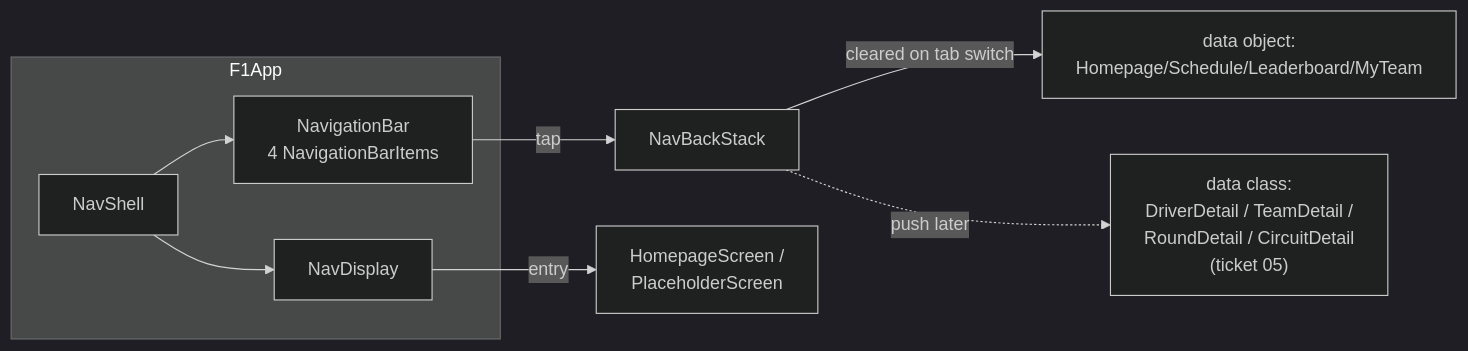
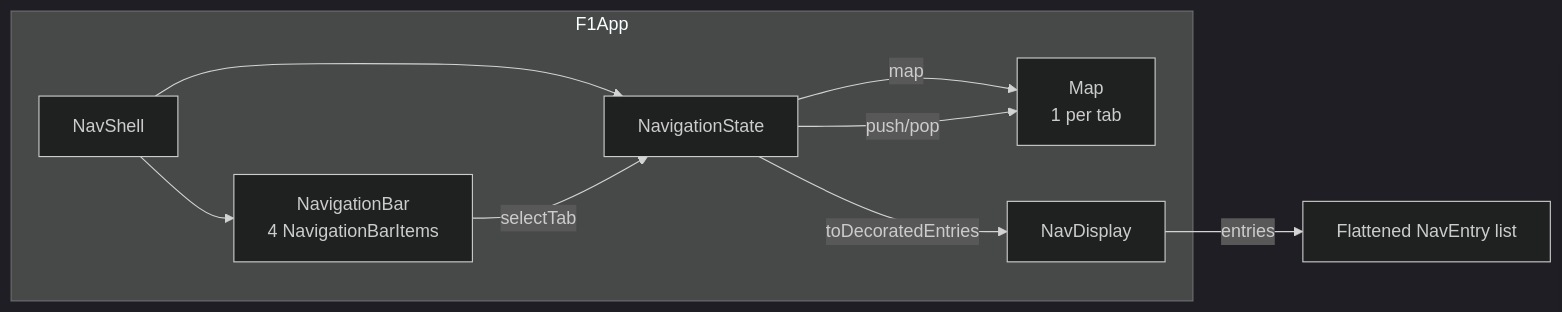
Before and after one commit to anpurnama11/my-f1-companion-app: the diagram in lode/core/navigation.md, drawn with Mermaid (dark theme). The commit also changed other lines of this file and 11 other files, not shown here.

First line of the commit message:
feat(nav): implement multi-backstack tab navigation

````diff
--- a/lode/core/navigation.md
+++ b/lode/core/navigation.md
@@ -9,11 +11,12 @@
 ```mermaid
 flowchart LR
   subgraph F1App
     NavShell --> BottomBar["NavigationBar\n4 NavigationBarItems"]
-    NavShell --> NavDisplay
+    NavShell --> NavigationState
+    NavigationState -->|map| Stacks["Map<Route, NavBackStack>\n1 per tab"]
+    NavigationState -->|toDecoratedEntries| NavDisplay
   end
-  BottomBar -->|tap| BackStack["NavBackStack<NavKey>"]
-  BackStack -->|cleared on tab switch| TopLevel["data object:\nHomepage/Schedule/Leaderboard/MyTeam"]
-  NavDisplay -->|entry<T>| Content["HomepageScreen /\nPlaceholderScreen"]
-  BackStack -.->|push later| Detail["data class:\nDriverDetail / TeamDetail /\nRoundDetail / CircuitDetail\n(ticket 05)"]
+  BottomBar -->|selectTab| NavigationState
+  NavigationState -->|push/pop| Stacks
+  NavDisplay -->|entries| Entries["Flattened NavEntry list"]
 ```
````
